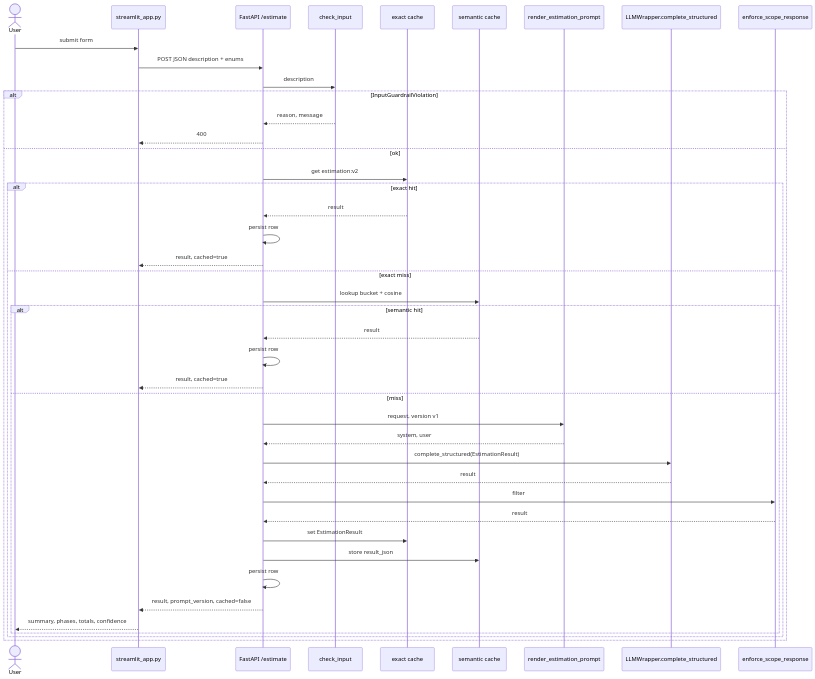
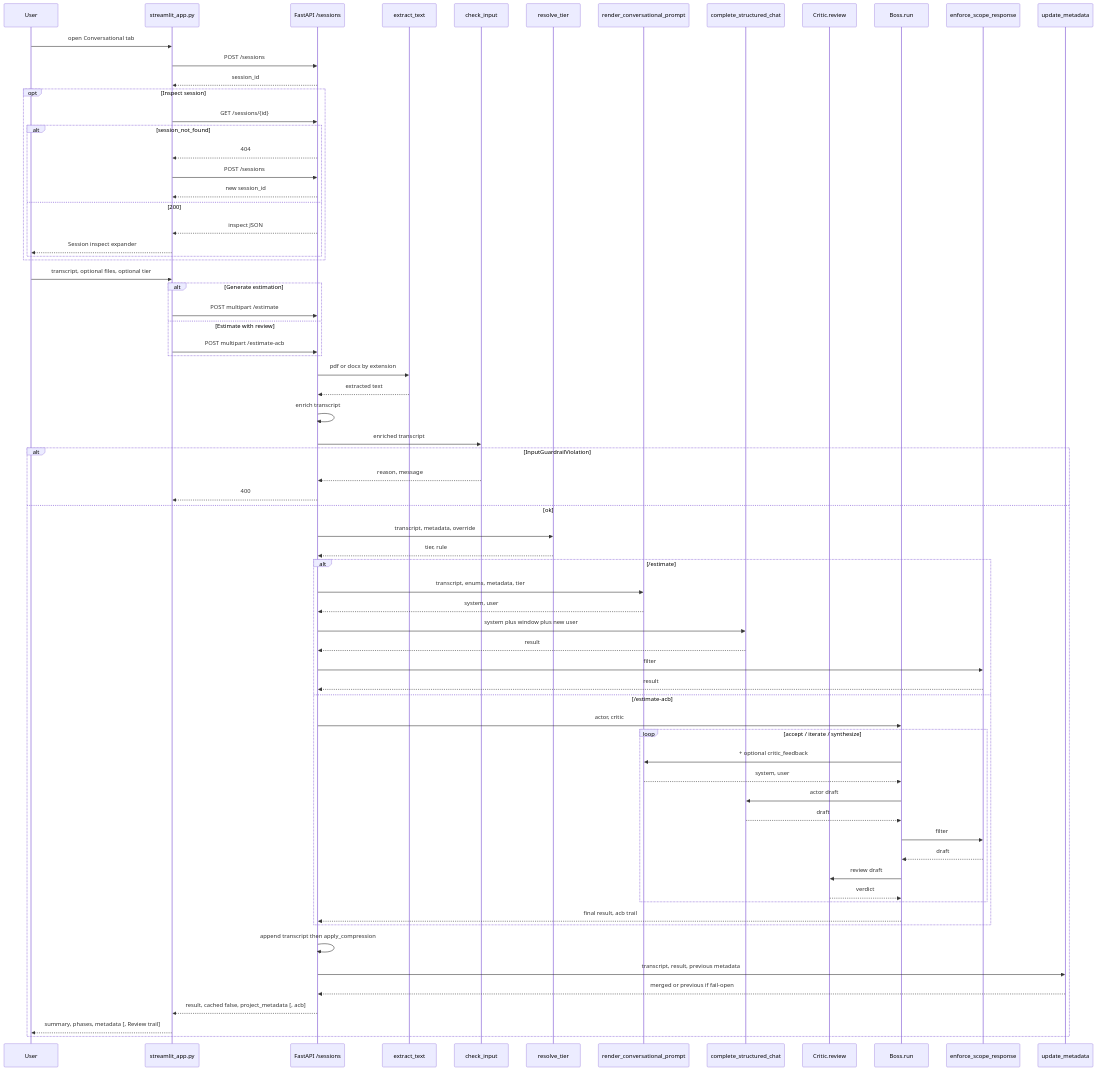
Before and after one commit to morales4dev/ai-engineering: the diagram in estimador-cag/README.md, drawn with Mermaid. The commit also changed other lines of this file and 4 other files, not shown here.

Commit message:
Keep the evolving conversational sequence inline and extract the frozen one-shot diagram.

````diff
--- a/estimador-cag/README.md
+++ b/estimador-cag/README.md
@@ -95,46 +99,75 @@
 ```mermaid
 sequenceDiagram
-    actor User
+    participant User
     participant UI as streamlit_app.py
-    participant API as FastAPI /estimate
+    participant API as FastAPI /sessions
+    participant Attach as extract_text
     participant In as check_input
-    participant Exact as exact cache
-    participant Sem as semantic cache
-    participant Loader as render_estimation_prompt
-    participant W as LLMWrapper.complete_structured
+    participant Tier as resolve_tier
+    participant Loader as render_conversational_prompt
+    participant W as complete_structured_chat
+    participant Critic as Critic.review
+    participant Boss as Boss.run
     participant Out as enforce_scope_response
+    participant Ext as update_metadata
 
-    User->>UI: submit form
-    UI->>API: POST JSON description + enums
-    API->>In: description
+    User->>UI: open Conversational tab
+    UI->>API: POST /sessions
+    API-->>UI: session_id
+
+    opt Inspect session
+        UI->>API: GET /sessions/{id}
+        alt session_not_found
+            API-->>UI: 404
+            UI->>API: POST /sessions
+            API-->>UI: new session_id
+        else 200
+            API-->>UI: inspect JSON
+            UI-->>User: Session inspect expander
+        end
+    end
+
+    User->>UI: transcript, optional files, optional tier
+    alt Generate estimation
+        UI->>API: POST multipart /estimate
+    else Estimate with review
+        UI->>API: POST multipart /estimate-acb
+    end
+    API->>Attach: pdf or docx by extension
+    Attach-->>API: extracted text
+    API->>API: enrich transcript
+    API->>In: enriched transcript
     alt InputGuardrailViolation
         In-->>API: reason, message
         API-->>UI: 400
     else ok
-        API->>Exact: get estimation:v2
-        alt exact hit
-            Exact-->>API: result
-            API->>API: persist row
-            API-->>UI: result, cached=true
-        else exact miss
-            API->>Sem: lookup bucket + cosine
-            alt semantic hit
-                Sem-->>API: result
-                API->>API: persist row
-                API-->>UI: result, cached=true
-            else miss
-                API->>Loader: request, version v1
-                Loader-->>API: system, user
-                API->>W: complete_structured(EstimationResult)
-                W-->>API: result
-                API->>Out: filter
-                Out-->>API: result
-                API->>Exact: set EstimationResult
-                API->>Sem: store result_json
-                API->>API: persist row
-                API-->>UI: result, prompt_version, cached=false
-                UI-->>User: summary, phases, totals, confidence
+        API->>Tier: transcript, metadata, override
+        Tier-->>API: tier, rule
+        alt /estimate
+            API->>Loader: transcript, enums, metadata, tier
+            Loader-->>API: system, user
+            API->>W: system plus window plus new user
+            W-->>API: result
+            API->>Out: filter
+            Out-->>API: result
+        else /estimate-acb
+            API->>Boss: actor, critic
+            loop accept / iterate / synthesize
+                Boss->>Loader: + optional critic_feedback
+                Loader-->>Boss: system, user
+                Boss->>W: actor draft
+                W-->>Boss: draft
+                Boss->>Out: filter
+                Out-->>Boss: draft
+                Boss->>Critic: review draft
+                Critic-->>Boss: verdict
             end
+            Boss-->>API: final result, acb trail
         end
+        API->>API: append transcript then apply_compression
+        API->>Ext: transcript, result, previous metadata
+        Ext-->>API: merged or previous if fail-open
+        API-->>UI: result, cached false, project_metadata [, acb]
+        UI-->>User: summary, phases, metadata [, Review trail]
     end
 ```
````
